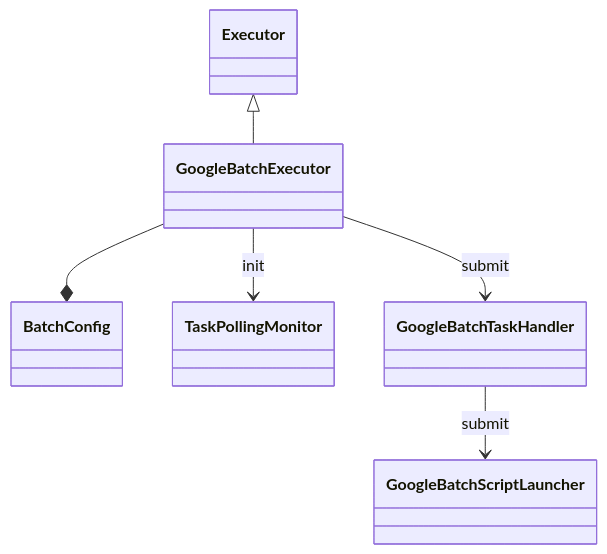
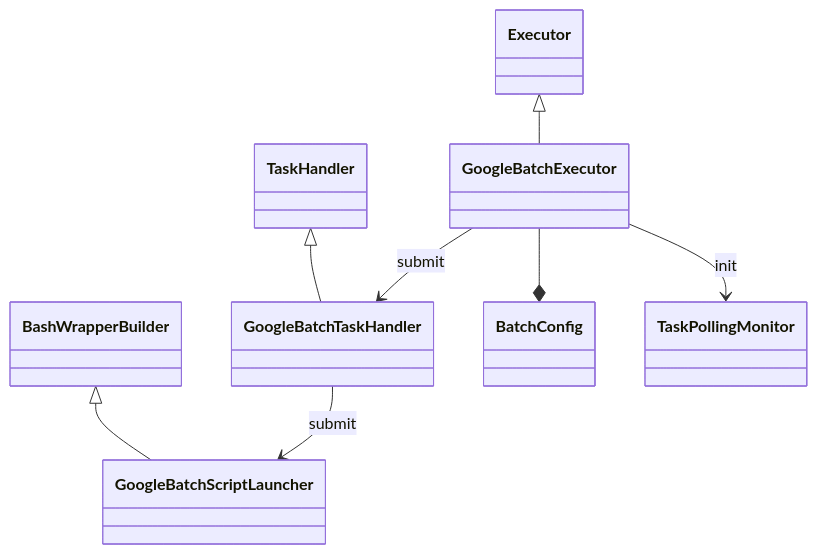
Before and after one commit to nextflow-io/nextflow: the diagram in docs/developer/class-diagrams/nextflow.cloud.google.mmd, drawn with Mermaid. The commit also changed 9 other files, not shown here.

```diff
--- a/docs/developer/class-diagrams/nextflow.cloud.google.mmd
+++ b/docs/developer/class-diagrams/nextflow.cloud.google.mmd
@@ -1,13 +1,13 @@
 classDiagram
     %%
     %% nextflow.cloud.google
     %%
     Executor <|-- GoogleBatchExecutor
-    %% TaskHandler <|-- GoogleBatchTaskHandler
-    %% BashWrapperBuilder <|-- GoogleBatchScriptLauncher
+    TaskHandler <|-- GoogleBatchTaskHandler
+    BashWrapperBuilder <|-- GoogleBatchScriptLauncher
 
     GoogleBatchExecutor --* BatchConfig
 
     GoogleBatchExecutor --> TaskPollingMonitor : init
     GoogleBatchExecutor --> GoogleBatchTaskHandler : submit
     GoogleBatchTaskHandler --> GoogleBatchScriptLauncher : submit
```
